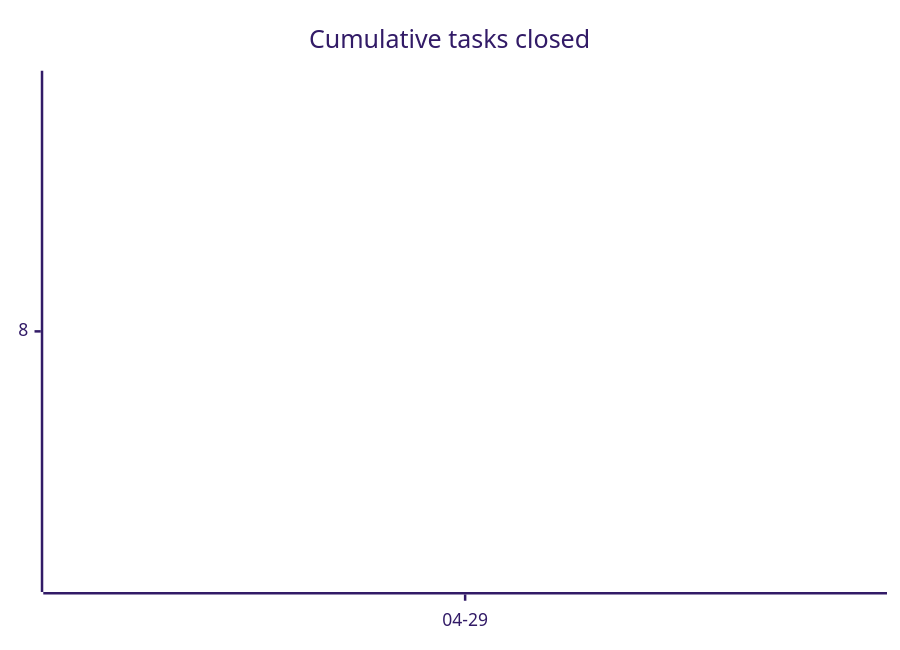
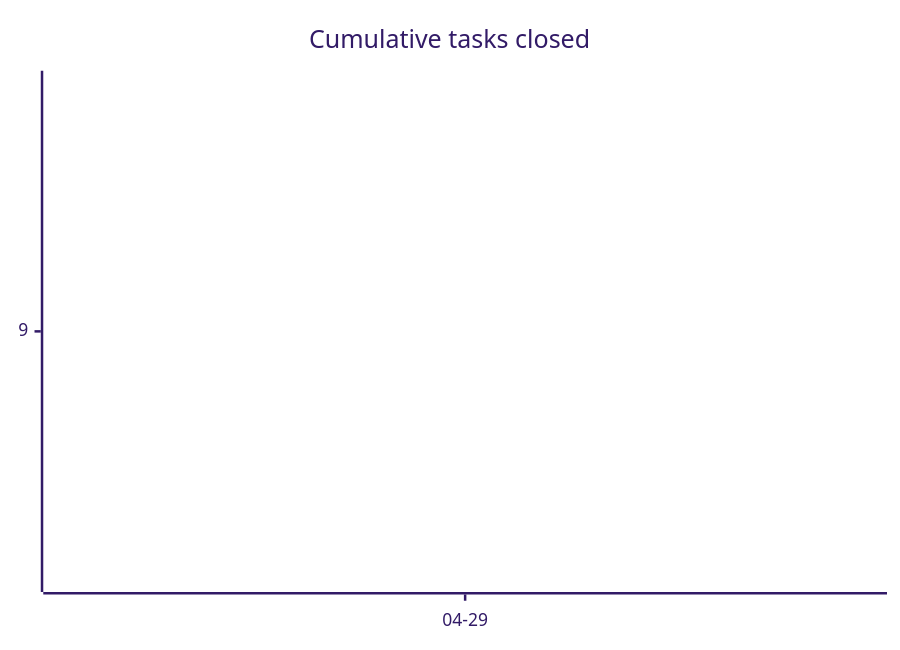
The first of 3 diagrams in docs/developers/tasks/OVERVIEW.md (tgd1975/AwesomeStudioPedal), drawn with Mermaid (forest theme) before and after one commit. The commit also changed other lines of this file and 9 other files, not shown here.

````diff
--- a/docs/developers/tasks/OVERVIEW.md
+++ b/docs/developers/tasks/OVERVIEW.md
@@ -20,6 +20,6 @@
 ```mermaid
 xychart-beta
     title "Cumulative tasks closed"
     x-axis ["04-29"]
-    line [8]
+    line [9]
 ```
````
